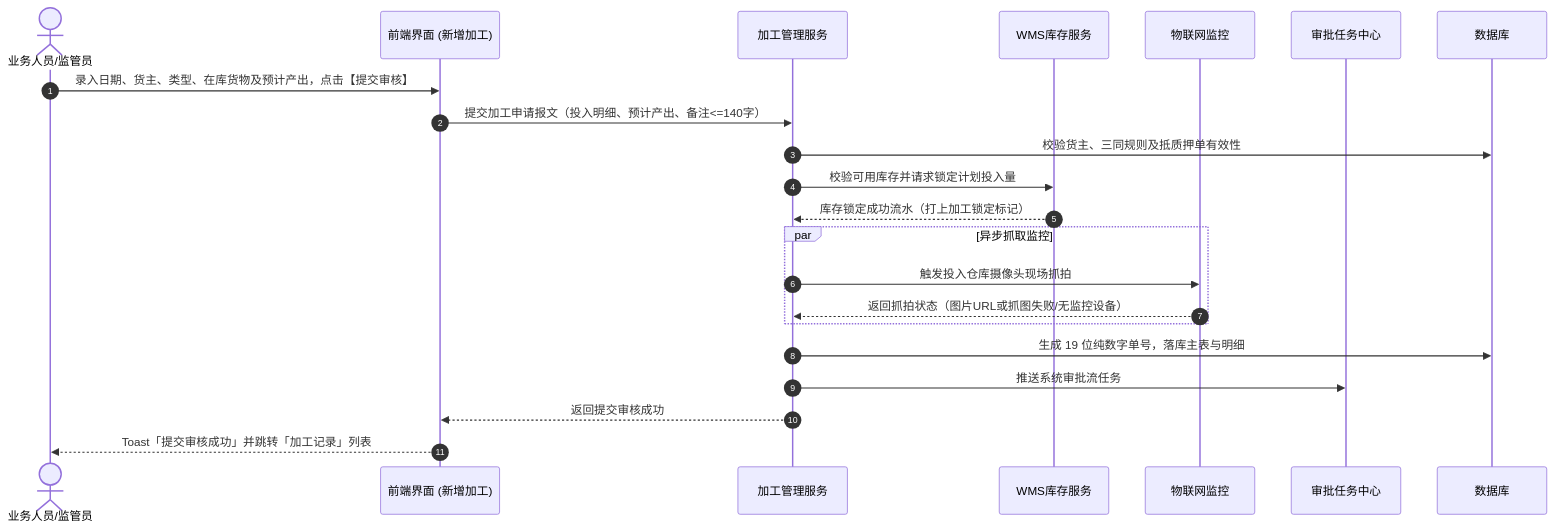
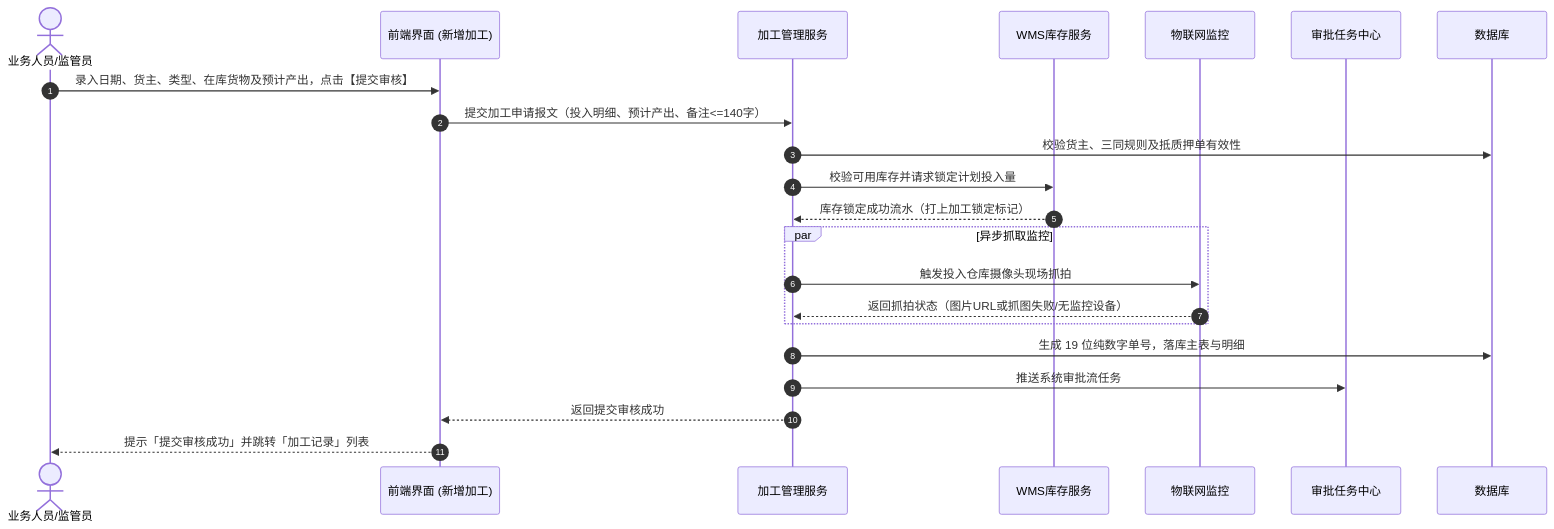
Before and after one commit to RobertHuang999/SYZC: the third of 4 diagrams in 02-PRD文档/🌟🌟🌟-最新基准版/B端PC/02-仓储/14-加工管理-加工记录/加工管理业务规则规格.md, drawn with Mermaid. The commit also changed other lines of this file and 264 other files, not shown here.

````diff
--- a/02-PRD文档/🌟🌟🌟-最新基准版/B端PC/02-仓储/14-加工管理-加工记录/加工管理业务规则规格.md
+++ b/02-PRD文档/🌟🌟🌟-最新基准版/B端PC/02-仓储/14-加工管理-加工记录/加工管理业务规则规格.md
@@ -252,25 +266,25 @@
 ```mermaid
 sequenceDiagram
     autonumber
     actor U as 业务人员/监管员
     participant F as 前端界面 (新增加工)
     participant B as 加工管理服务
     participant W as WMS库存服务
     participant IoT as 物联网监控
     participant AC as 审批任务中心
     participant DB as 数据库
 
     U->>F: 录入日期、货主、类型、在库货物及预计产出，点击【提交审核】
     F->>B: 提交加工申请报文（投入明细、预计产出、备注<=140字）
     B->>DB: 校验货主、三同规则及抵质押单有效性
     B->>W: 校验可用库存并请求锁定计划投入量
     W-->>B: 库存锁定成功流水（打上加工锁定标记）
     par 异步抓取监控
         B->>IoT: 触发投入仓库摄像头现场抓拍
         IoT-->>B: 返回抓拍状态（图片URL或抓图失败/无监控设备）
     end
     B->>DB: 生成 19 位纯数字单号，落库主表与明细
     B->>AC: 推送系统审批流任务
     B-->>F: 返回提交审核成功
-    F-->>U: Toast「提交审核成功」并跳转「加工记录」列表
+    F-->>U: 提示「提交审核成功」并跳转「加工记录」列表
 ```
````
